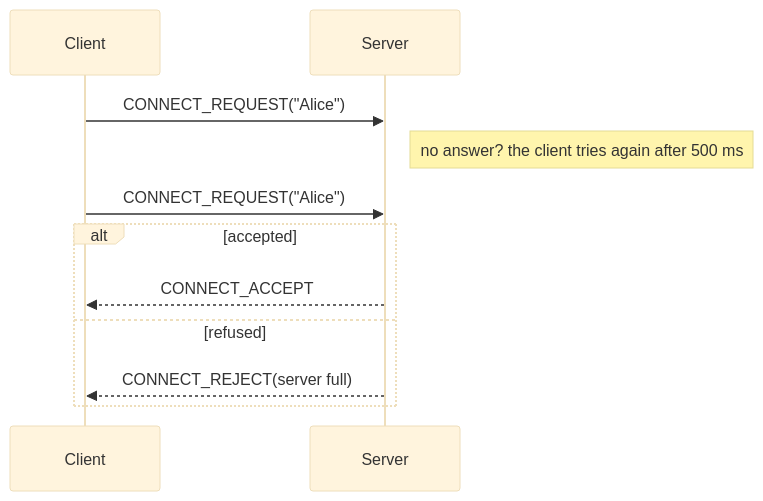
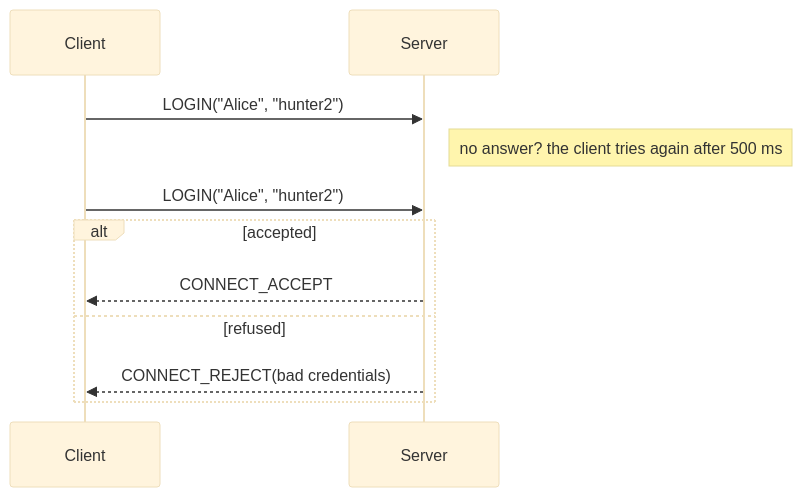
Before and after one commit to Boz0o0/R-Type: the second of 4 diagrams in docs/mkdocs/protocol/specification.md, drawn with Mermaid (base theme). The commit also changed other lines of this file and 6 other files, not shown here.

````diff
--- a/docs/mkdocs/protocol/specification.md
+++ b/docs/mkdocs/protocol/specification.md
@@ -473,13 +500,13 @@
 ```mermaid
 sequenceDiagram
     participant C as Client
     participant S as Server
-    C->>S: CONNECT_REQUEST("Alice")
+    C->>S: LOGIN("Alice", "hunter2")
     Note right of S: no answer? the client tries again after 500 ms
-    C->>S: CONNECT_REQUEST("Alice")
+    C->>S: LOGIN("Alice", "hunter2")
     alt accepted
         S-->>C: CONNECT_ACCEPT
     else refused
-        S-->>C: CONNECT_REJECT(server full)
+        S-->>C: CONNECT_REJECT(bad credentials)
     end
 ```
````
